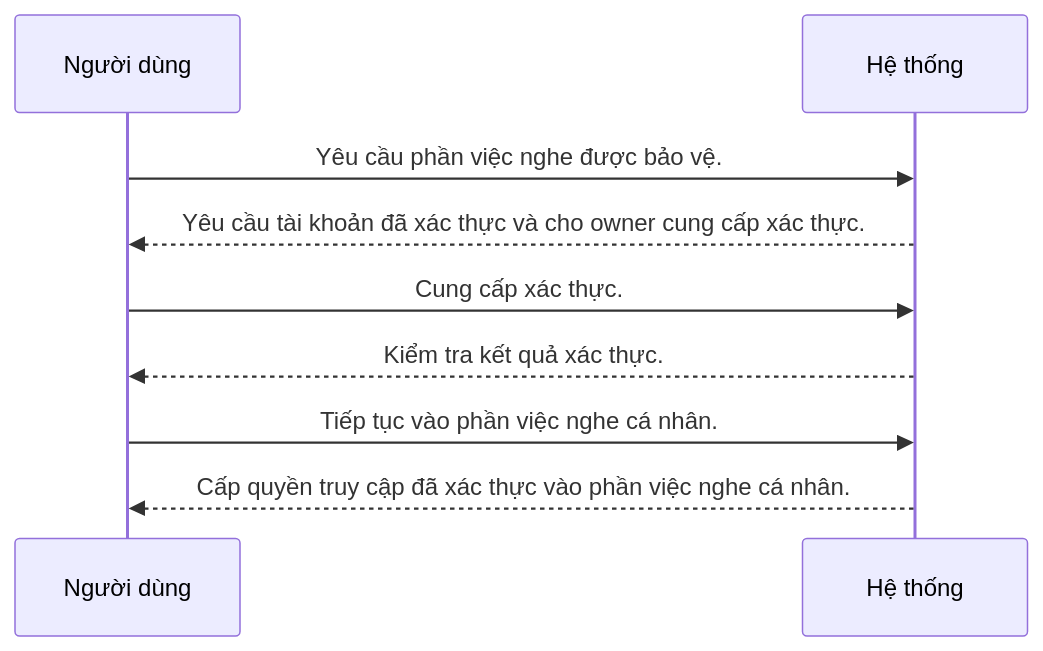
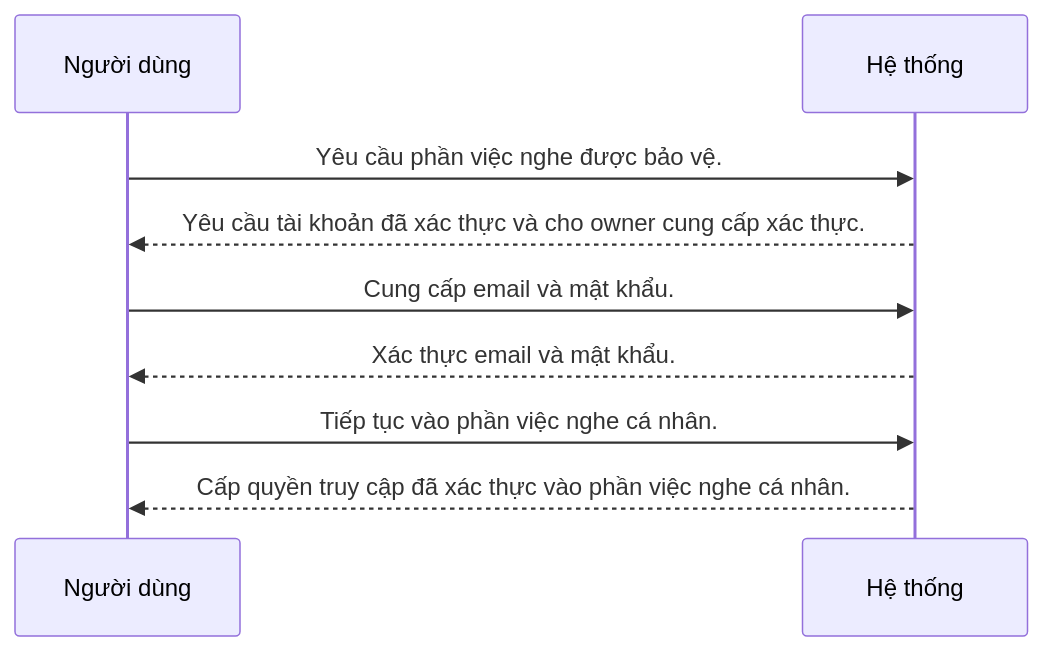
The diagram in docs/spec/02-use-cases/UC-004.md (BuhDuy256/novsay), drawn with Mermaid before and after one commit. The commit also changed other lines of this file and 14 other files, not shown here.

````diff
--- a/docs/spec/02-use-cases/UC-004.md
+++ b/docs/spec/02-use-cases/UC-004.md
@@ -12,11 +12,11 @@
 ```mermaid
 sequenceDiagram
   participant U as Người dùng
   participant S as Hệ thống
   U->>S: Yêu cầu phần việc nghe được bảo vệ.
   S-->>U: Yêu cầu tài khoản đã xác thực và cho owner cung cấp xác thực.
-  U->>S: Cung cấp xác thực.
-  S-->>U: Kiểm tra kết quả xác thực.
+  U->>S: Cung cấp email và mật khẩu.
+  S-->>U: Xác thực email và mật khẩu.
   U->>S: Tiếp tục vào phần việc nghe cá nhân.
   S-->>U: Cấp quyền truy cập đã xác thực vào phần việc nghe cá nhân.
 ```
````
